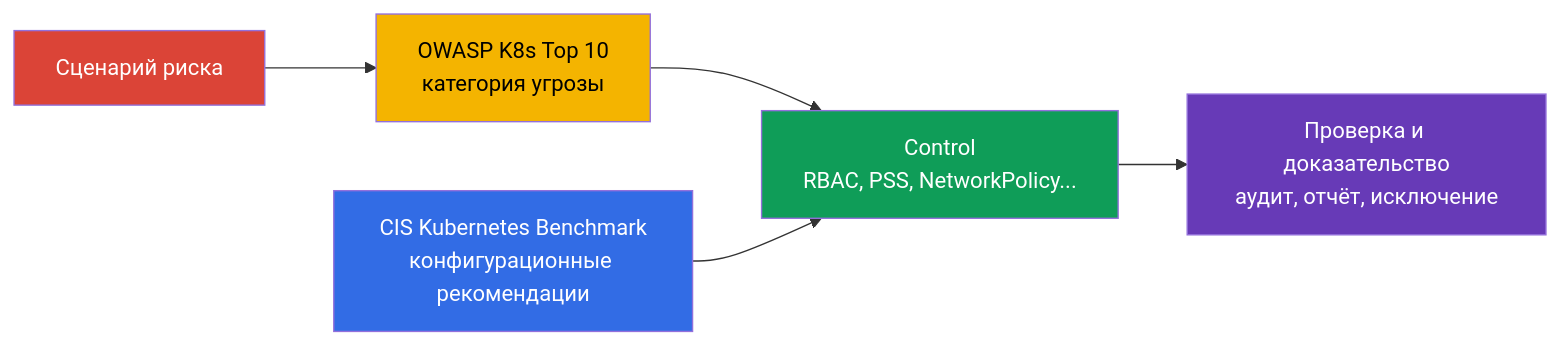
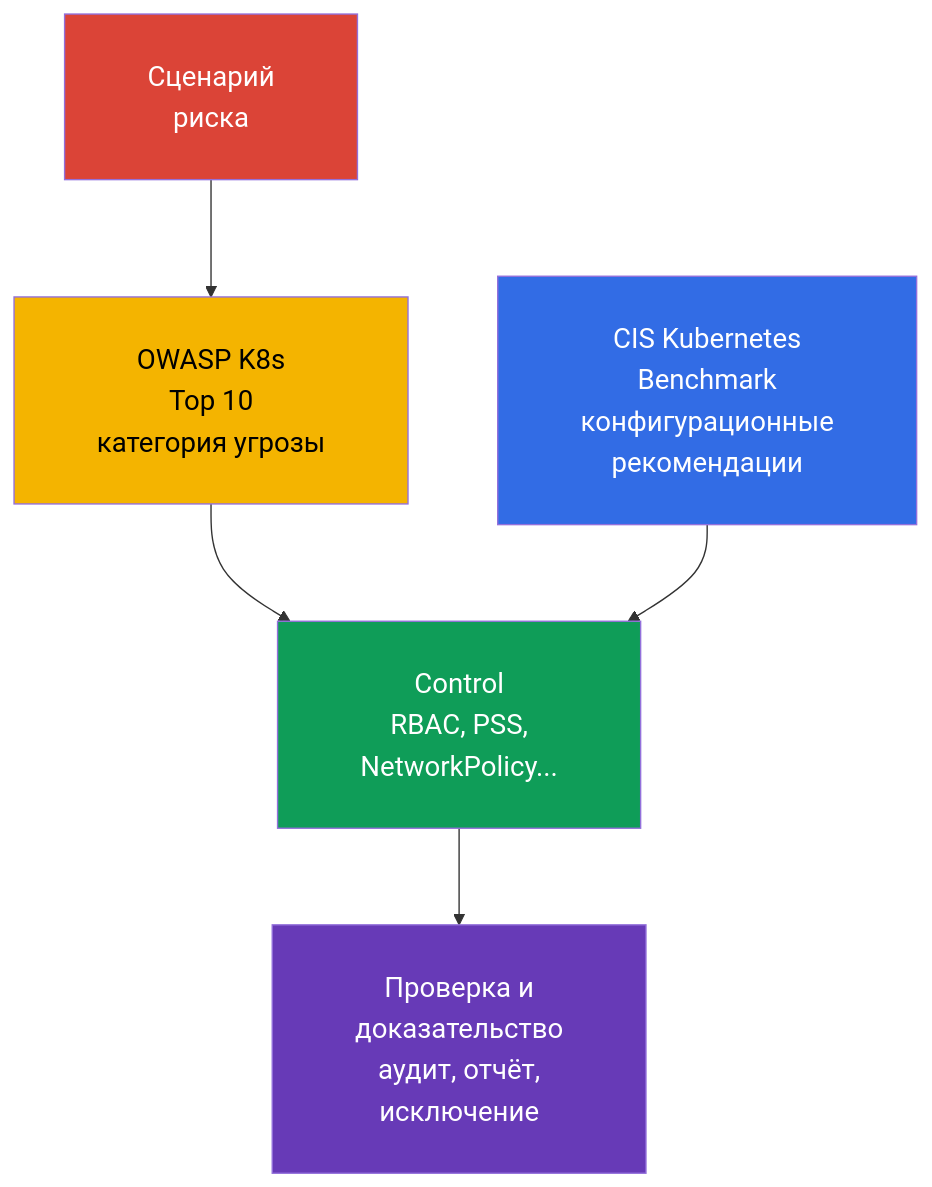
Before and after one commit to ViktorUJ/cks: the diagram in tasks/kcsa/course/05/ru.md, drawn with Mermaid. The commit also changed other lines of this file and 60 other files, not shown here.

````diff
--- a/tasks/kcsa/course/05/ru.md
+++ b/tasks/kcsa/course/05/ru.md
@@ -25,12 +25,13 @@
 ```mermaid
-flowchart LR
-    Risk["Сценарий риска"] --> OWASP["OWASP K8s Top 10<br/>категория угрозы"]
-    OWASP --> Control["Control<br/>RBAC, PSS, NetworkPolicy..."]
-    CIS["CIS Kubernetes Benchmark<br/>конфигурационные рекомендации"] --> Control
-    Control --> Evidence["Проверка и доказательство<br/>аудит, отчёт, исключение"]
+%%{init: {"themeVariables": {"fontSize": "20px"}, "flowchart": {"nodeSpacing": 65, "rankSpacing": 70, "padding": 30}} }%%
+flowchart TB
+    Risk["Сценарий<br/>риска"] --> OWASP["OWASP K8s<br/>Top 10<br/>категория угрозы"]
+    OWASP --> Control["Control<br/>RBAC, PSS,<br/>NetworkPolicy..."]
+    CIS["CIS Kubernetes<br/>Benchmark<br/>конфигурационные<br/>рекомендации"] --> Control
+    Control --> Evidence["Проверка и<br/>доказательство<br/>аудит, отчёт,<br/>исключение"]
     style Risk fill:#db4437,color:#fff
     style OWASP fill:#f4b400,color:#000
     style CIS fill:#326ce5,color:#fff
     style Control fill:#0f9d58,color:#fff
     style Evidence fill:#673ab7,color:#fff
 ```
````
